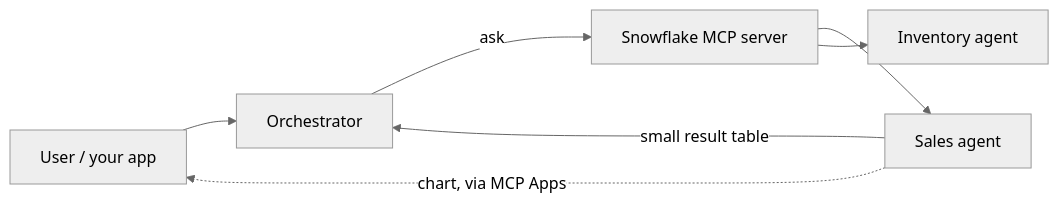
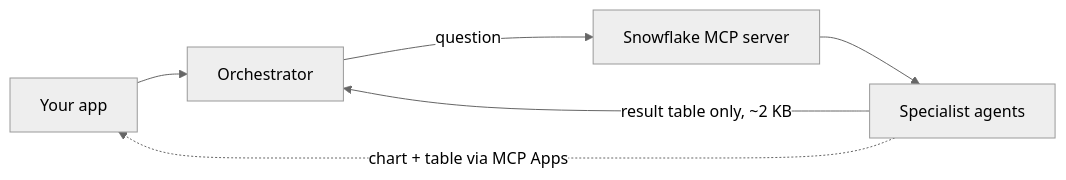
The diagram in Multi_Agent_RBAC_Demo/README.md (sfc-gh-hmassa/Haley_Demos), drawn with Mermaid (neutral theme) before and after one commit. The commit also changed other lines of this file, not shown here.

Commit message:
README: what changed in MCP for multi-agent and how it cuts tokens

````diff
--- a/Multi_Agent_RBAC_Demo/README.md
+++ b/Multi_Agent_RBAC_Demo/README.md
@@ -55,9 +51,8 @@
 ```mermaid
 flowchart LR
-    U[User / your app] --> O[Orchestrator]
-    O -->|ask| M[Snowflake MCP server]
-    M --> S[Sales agent]
-    M --> I[Inventory agent]
-    S -->|small result table| O
-    S -.->|chart, via MCP Apps| U
+    App[Your app] --> O[Orchestrator]
+    O -->|question| M[Snowflake MCP server]
+    M --> S[Specialist agents]
+    S -->|result table only, ~2 KB| O
+    S -.->|chart + table via MCP Apps| App
 ```
````
